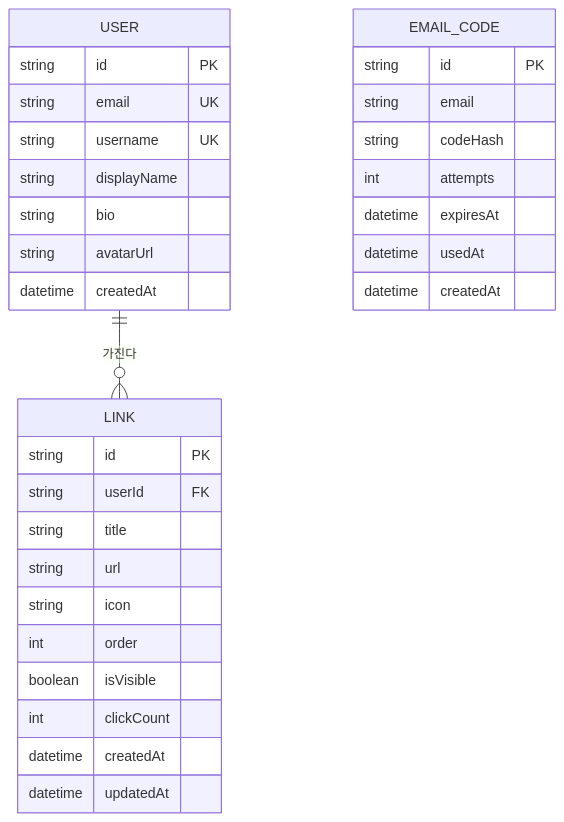
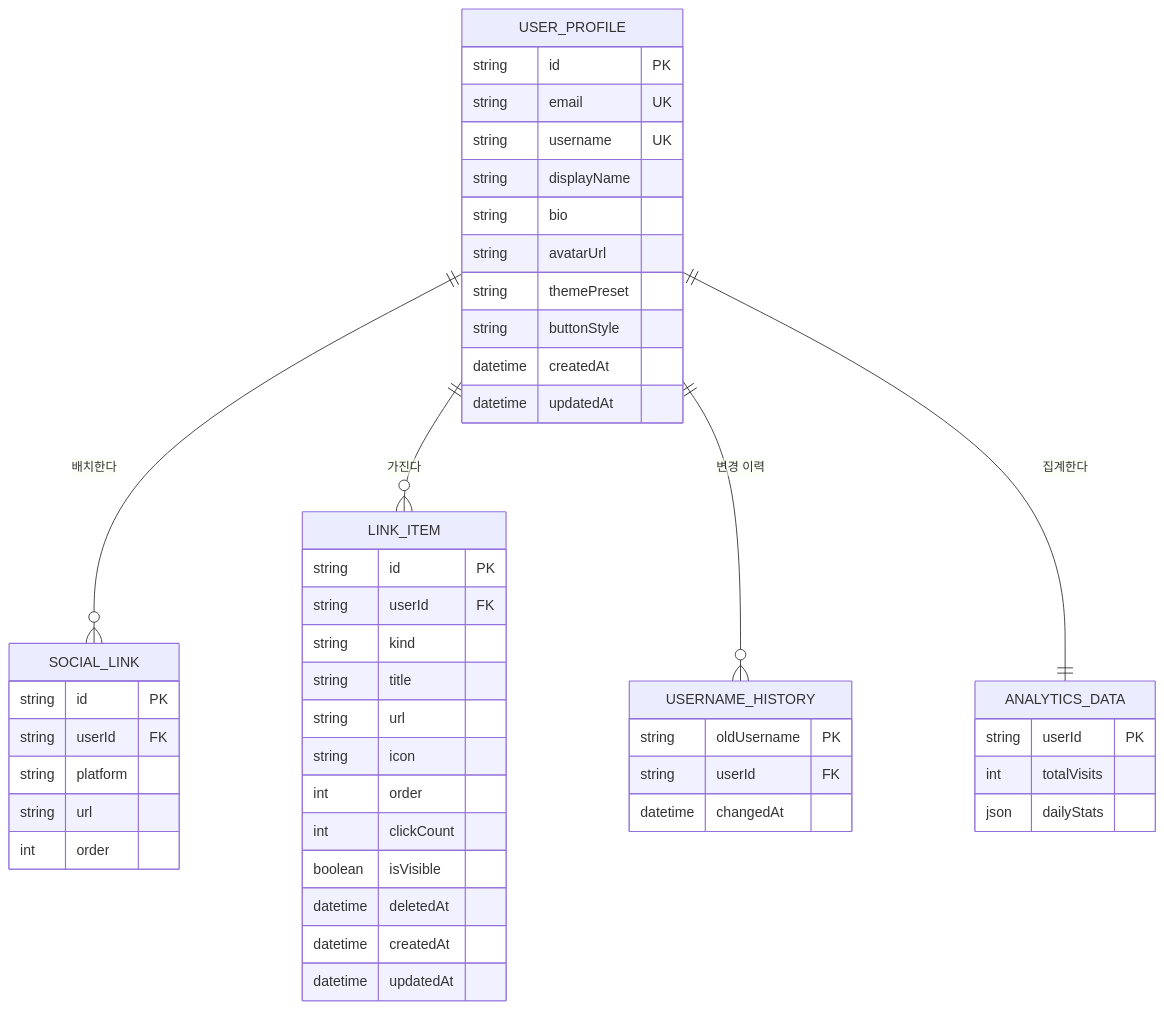
One commit to SELC2026UNIVER/my_link changed the second of 2 diagrams in PRD.md. Above: the diagram before and after it, drawn with Mermaid. The commit also changed other lines of this file, not shown here.

````diff
--- a/PRD.md
+++ b/PRD.md
@@ -228,34 +281,50 @@
 ```mermaid
 erDiagram
-    USER ||--o{ LINK : "가진다"
-    USER {
+    USER_PROFILE ||--o{ SOCIAL_LINK : "배치한다"
+    USER_PROFILE ||--o{ LINK_ITEM : "가진다"
+    USER_PROFILE ||--o{ USERNAME_HISTORY : "변경 이력"
+    USER_PROFILE ||--|| ANALYTICS_DATA : "집계한다"
+    USER_PROFILE {
         string id PK
         string email UK
         string username UK
         string displayName
         string bio
         string avatarUrl
+        string themePreset
+        string buttonStyle
         datetime createdAt
+        datetime updatedAt
     }
-    EMAIL_CODE {
-        string id PK
-        string email
-        string codeHash
-        int attempts
-        datetime expiresAt
-        datetime usedAt
-        datetime createdAt
-    }
-    LINK {
+    SOCIAL_LINK {
         string id PK
         string userId FK
+        string platform
+        string url
+        int order
+    }
+    LINK_ITEM {
+        string id PK
+        string userId FK
+        string kind
         string title
         string url
         string icon
         int order
+        int clickCount
         boolean isVisible
-        int clickCount
+        datetime deletedAt
         datetime createdAt
         datetime updatedAt
     }
+    USERNAME_HISTORY {
+        string oldUsername PK
+        string userId FK
+        datetime changedAt
+    }
+    ANALYTICS_DATA {
+        string userId PK
+        int totalVisits
+        json dailyStats
+    }
 ```
````
